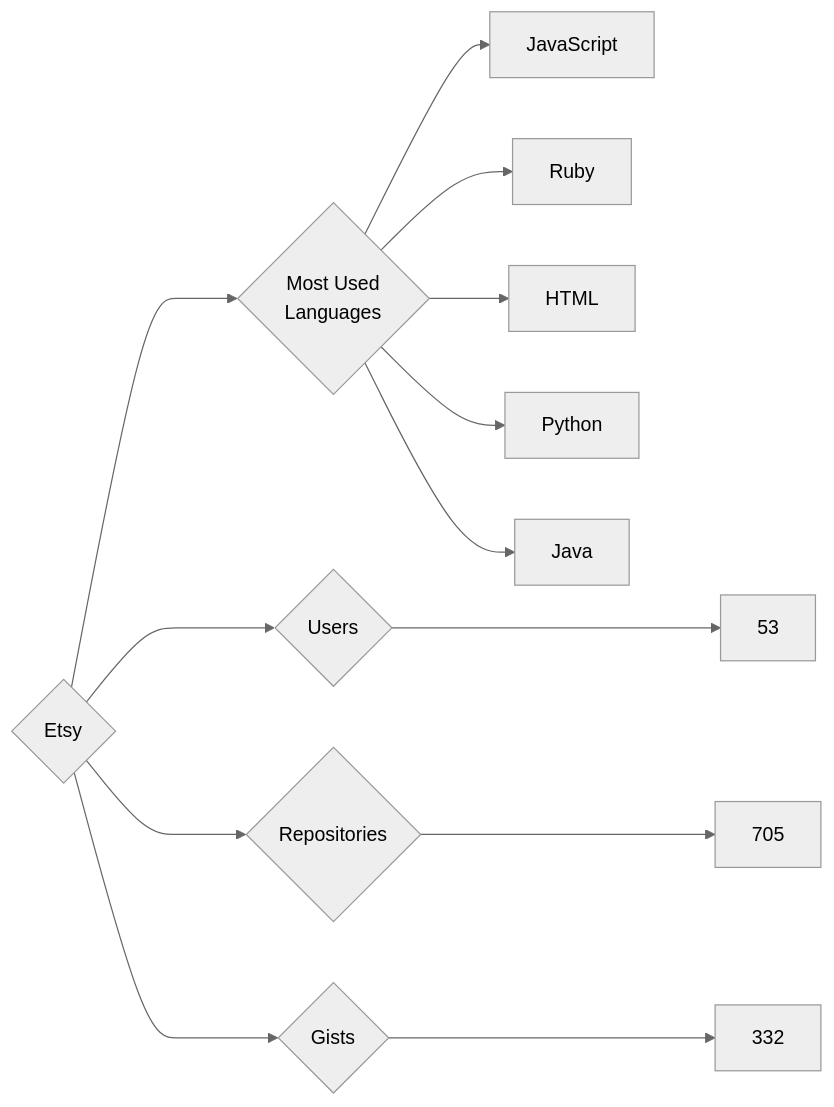
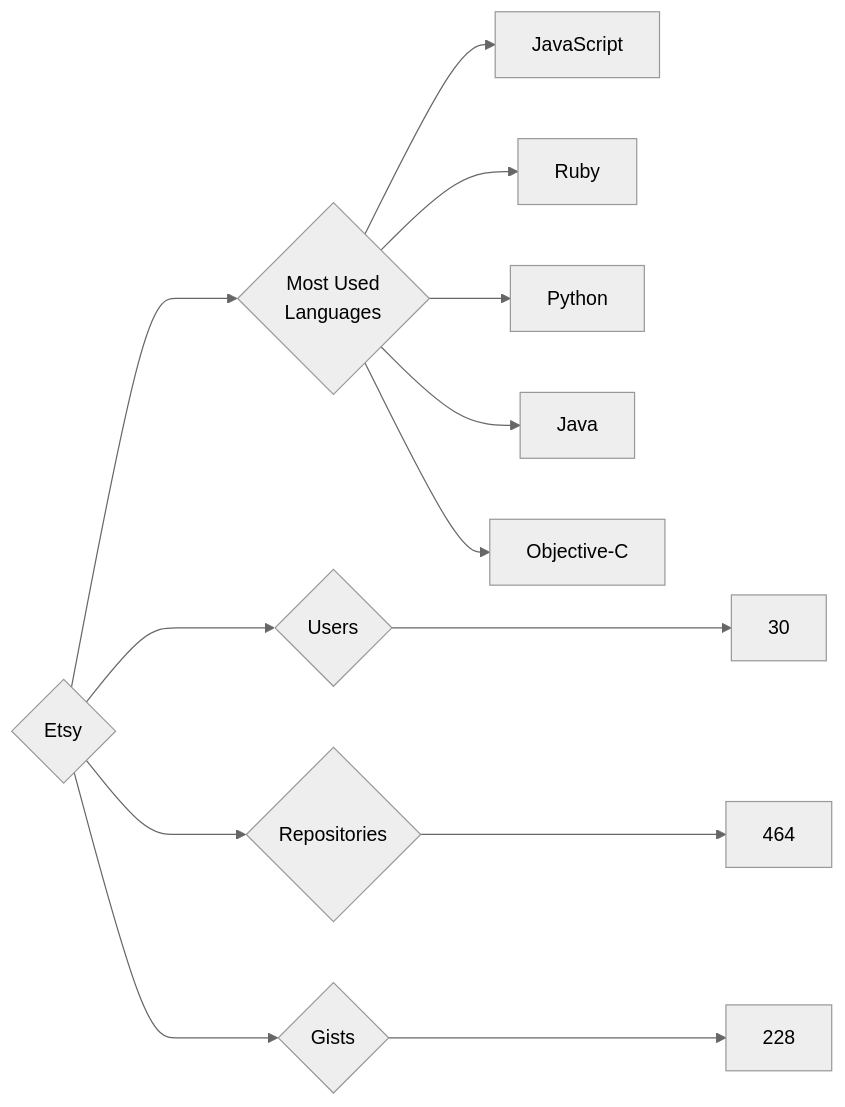
The diagram in targets/Etsy/README.md (trickest/insiders), drawn with Mermaid (neutral theme) before and after one commit. The commit also changed 895 other files, not shown here.

````diff
--- a/targets/Etsy/README.md
+++ b/targets/Etsy/README.md
@@ -3,13 +3,13 @@
 ```mermaid
 graph LR
 COMPANY_NAME{Etsy}
-COMPANY_NAME ---> U{Users} ---> UN[53]
-COMPANY_NAME ---> R{Repositories} ---> RN[705]
-COMPANY_NAME ---> G{Gists} ---> GN[332]
+COMPANY_NAME ---> U{Users} ---> UN[30]
+COMPANY_NAME ---> R{Repositories} ---> RN[464]
+COMPANY_NAME ---> G{Gists} ---> GN[228]
 COMPANY_NAME ---> ML{Most Used<br>Languages}
 ML --> JavaScript[JavaScript]
 ML --> Ruby[Ruby]
-ML --> HTML[HTML]
 ML --> Python[Python]
 ML --> Java[Java]
+ML --> Objective-C[Objective-C]
 ```
````
